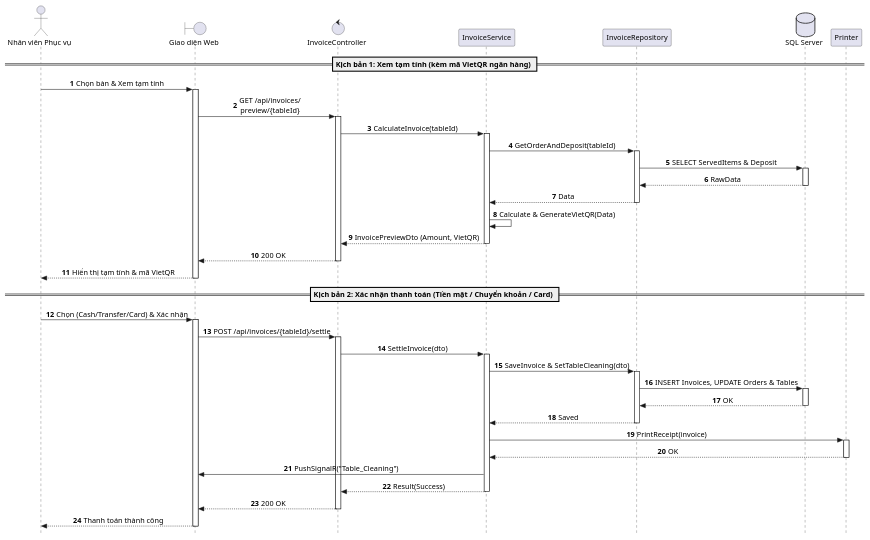
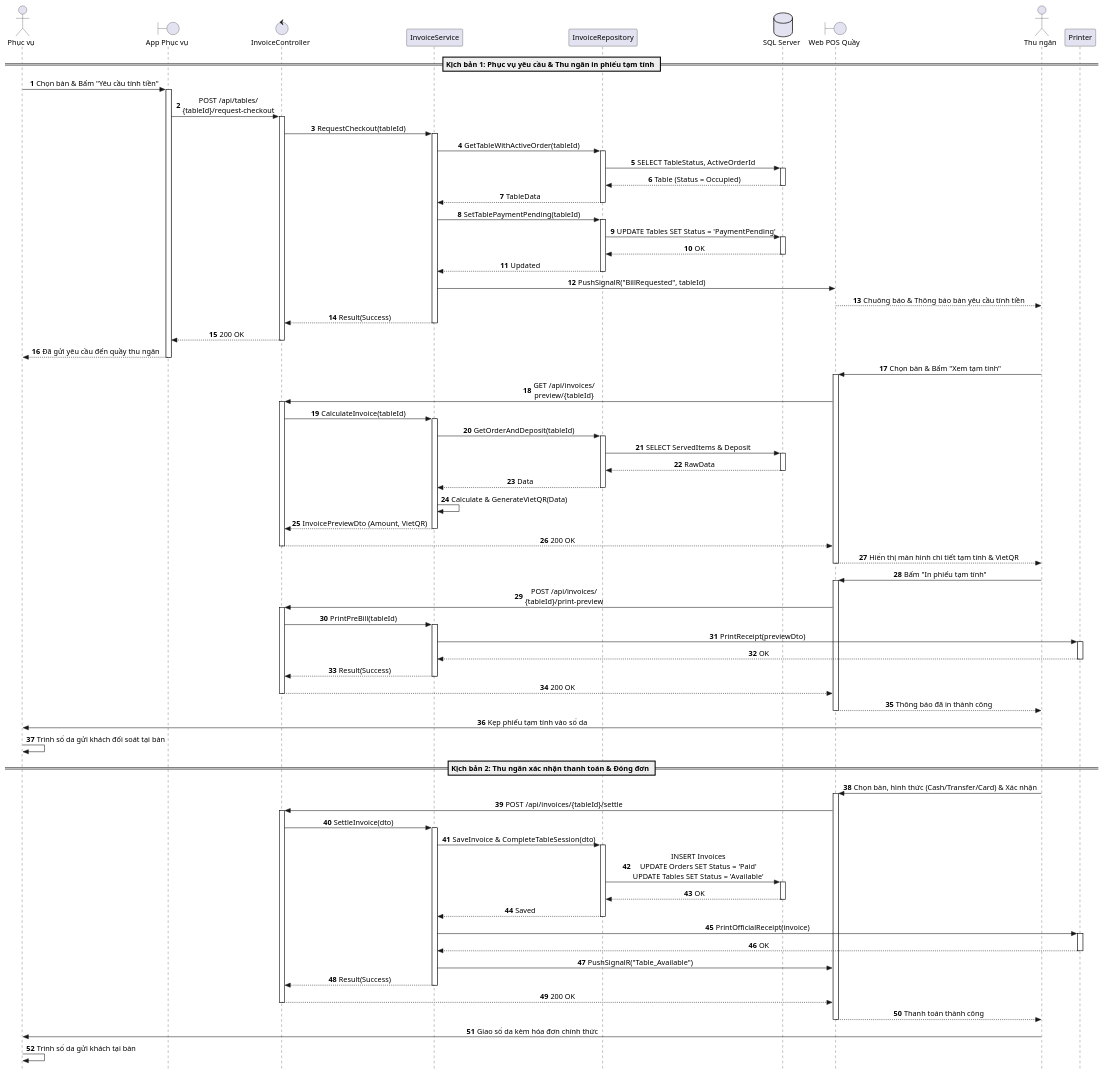
Before and after one commit to AndrewQng/VinDining: the diagram in docs/puml/sequences/SD_UC_E3_Settle_Invoice.puml, drawn with PlantUML. The commit also changed 74 other files, not shown here.

Commit message:
docs: add phase 1 documentation, drawio diagrams, and sequence puml files

```diff
--- a/docs/puml/sequences/SD_UC_E3_Settle_Invoice.puml
+++ b/docs/puml/sequences/SD_UC_E3_Settle_Invoice.puml
@@ -1,84 +1,154 @@
 @startuml SD_UC_E3_Settle_Invoice
 autonumber
 skinparam style strictuml
 skinparam sequenceMessageAlign center
 skinparam responseMessageBelowArrow true
 skinparam defaultFontName "Segoe UI", Arial, sans-serif
 skinparam defaultFontSize 14
 
-actor "Nhân viên Phục vụ" as Waitstaff
-boundary "Giao diện Web" as UI
+actor "Phục vụ" as Waitstaff
+boundary "App Phục vụ" as MobileUI
 control "InvoiceController" as Controller
 participant "InvoiceService" as Service
 participant "InvoiceRepository" as Repo
 database "SQL Server" as DB
+boundary "Web POS Quầy" as WebPOS
+actor "Thu ngân" as Cashier
 participant "Printer" as Printer
 
-== Kịch bản 1: Xem tạm tính (kèm mã VietQR ngân hàng) ==
+== Kịch bản 1: Phục vụ yêu cầu & Thu ngân in phiếu tạm tính ==
 
-Waitstaff -> UI: Chọn bàn & Xem tạm tính
-activate UI
+Waitstaff -> MobileUI: Chọn bàn & Bấm "Yêu cầu tính tiền"
+activate MobileUI
 
-UI -> Controller: GET /api/invoices/\npreview/{tableId}
+MobileUI -> Controller: POST /api/tables/\n{tableId}/request-checkout
+activate Controller
+
+Controller -> Service: RequestCheckout(tableId)
+activate Service
+
+Service -> Repo: GetTableWithActiveOrder(tableId)
+activate Repo
+Repo -> DB: SELECT TableStatus, ActiveOrderId
+activate DB
+DB --> Repo: Table (Status = Occupied)
+deactivate DB
+Repo --> Service: TableData
+deactivate Repo
+
+Service -> Repo: SetTablePaymentPending(tableId)
+activate Repo
+Repo -> DB: UPDATE Tables SET Status = 'PaymentPending'
+activate DB
+DB --> Repo: OK
+deactivate DB
+Repo --> Service: Updated
+deactivate Repo
+
+Service -> WebPOS: PushSignalR("BillRequested", tableId)
+WebPOS --> Cashier: Chuông báo & Thông báo bàn yêu cầu tính tiền
+
+Service --> Controller: Result(Success)
+deactivate Service
+
+Controller --> MobileUI: 200 OK
+deactivate Controller
+
+MobileUI --> Waitstaff: Đã gửi yêu cầu đến quầy thu ngân
+deactivate MobileUI
+
+Cashier -> WebPOS: Chọn bàn & Bấm "Xem tạm tính"
+activate WebPOS
+
+WebPOS -> Controller: GET /api/invoices/\npreview/{tableId}
 activate Controller
 
 Controller -> Service: CalculateInvoice(tableId)
 activate Service
 
 Service -> Repo: GetOrderAndDeposit(tableId)
 activate Repo
 Repo -> DB: SELECT ServedItems & Deposit
 activate DB
 DB --> Repo: RawData
 deactivate DB
 Repo --> Service: Data
 deactivate Repo
 
 Service -> Service: Calculate & GenerateVietQR(Data)
 
 Service --> Controller: InvoicePreviewDto (Amount, VietQR)
 deactivate Service
 
-Controller --> UI: 200 OK
+Controller --> WebPOS: 200 OK
 deactivate Controller
 
-UI --> Waitstaff: Hiển thị tạm tính & mã VietQR
-deactivate UI
+WebPOS --> Cashier: Hiển thị màn hình chi tiết tạm tính & VietQR
+deactivate WebPOS
 
-== Kịch bản 2: Xác nhận thanh toán (Tiền mặt / Chuyển khoản / Card) ==
+Cashier -> WebPOS: Bấm "In phiếu tạm tính"
+activate WebPOS
 
-Waitstaff -> UI: Chọn (Cash/Transfer/Card) & Xác nhận
-activate UI
+WebPOS -> Controller: POST /api/invoices/\n{tableId}/print-preview
+activate Controller
 
-UI -> Controller: POST /api/invoices/{tableId}/settle
+Controller -> Service: PrintPreBill(tableId)
+activate Service
+
+Service -> Printer: PrintReceipt(previewDto)
+activate Printer
+Printer --> Service: OK
+deactivate Printer
+
+Service --> Controller: Result(Success)
+deactivate Service
+
+Controller --> WebPOS: 200 OK
+deactivate Controller
+
+WebPOS --> Cashier: Thông báo đã in thành công
+deactivate WebPOS
+
+Cashier -> Waitstaff: Kẹp phiếu tạm tính vào sổ da
+Waitstaff -> Waitstaff: Trình sổ da gửi khách đối soát tại bàn
+
+== Kịch bản 2: Thu ngân xác nhận thanh toán & Đóng đơn ==
+
+Cashier -> WebPOS: Chọn bàn, hình thức (Cash/Transfer/Card) & Xác nhận
+activate WebPOS
+
+WebPOS -> Controller: POST /api/invoices/{tableId}/settle
 activate Controller
 
 Controller -> Service: SettleInvoice(dto)
 activate Service
 
-Service -> Repo: SaveInvoice & SetTableCleaning(dto)
+Service -> Repo: SaveInvoice & CompleteTableSession(dto)
 activate Repo
-Repo -> DB: INSERT Invoices, UPDATE Orders & Tables
+Repo -> DB: INSERT Invoices\nUPDATE Orders SET Status = 'Paid'\nUPDATE Tables SET Status = 'Available'
 activate DB
 DB --> Repo: OK
 deactivate DB
 Repo --> Service: Saved
 deactivate Repo
 
-Service -> Printer: PrintReceipt(invoice)
+Service -> Printer: PrintOfficialReceipt(invoice)
 activate Printer
 Printer --> Service: OK
 deactivate Printer
 
-Service -> UI: PushSignalR("Table_Cleaning")
+Service -> WebPOS: PushSignalR("Table_Available")
 
 Service --> Controller: Result(Success)
 deactivate Service
 
-Controller --> UI: 200 OK
+Controller --> WebPOS: 200 OK
 deactivate Controller
 
-UI --> Waitstaff: Thanh toán thành công
-deactivate UI
+WebPOS --> Cashier: Thanh toán thành công
+deactivate WebPOS
+
+Cashier -> Waitstaff: Giao sổ da kèm hóa đơn chính thức
+Waitstaff -> Waitstaff: Trình sổ da gửi khách tại bàn
 
 @enduml
```
